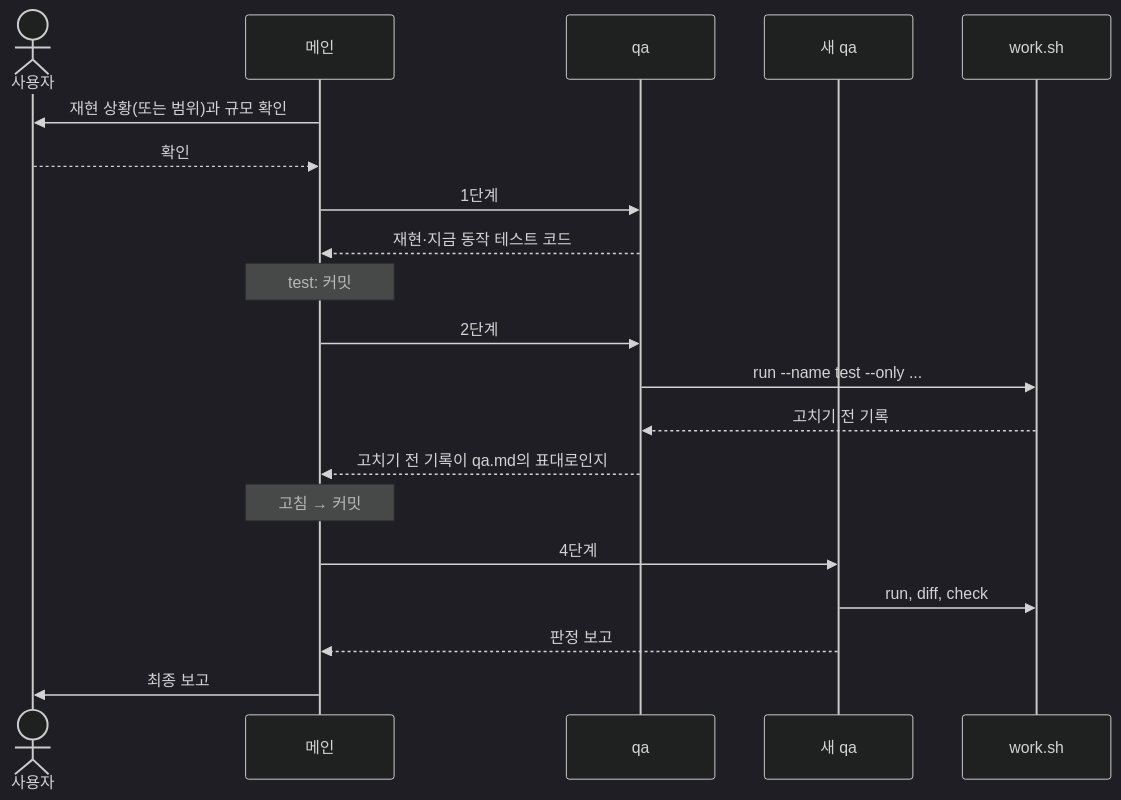
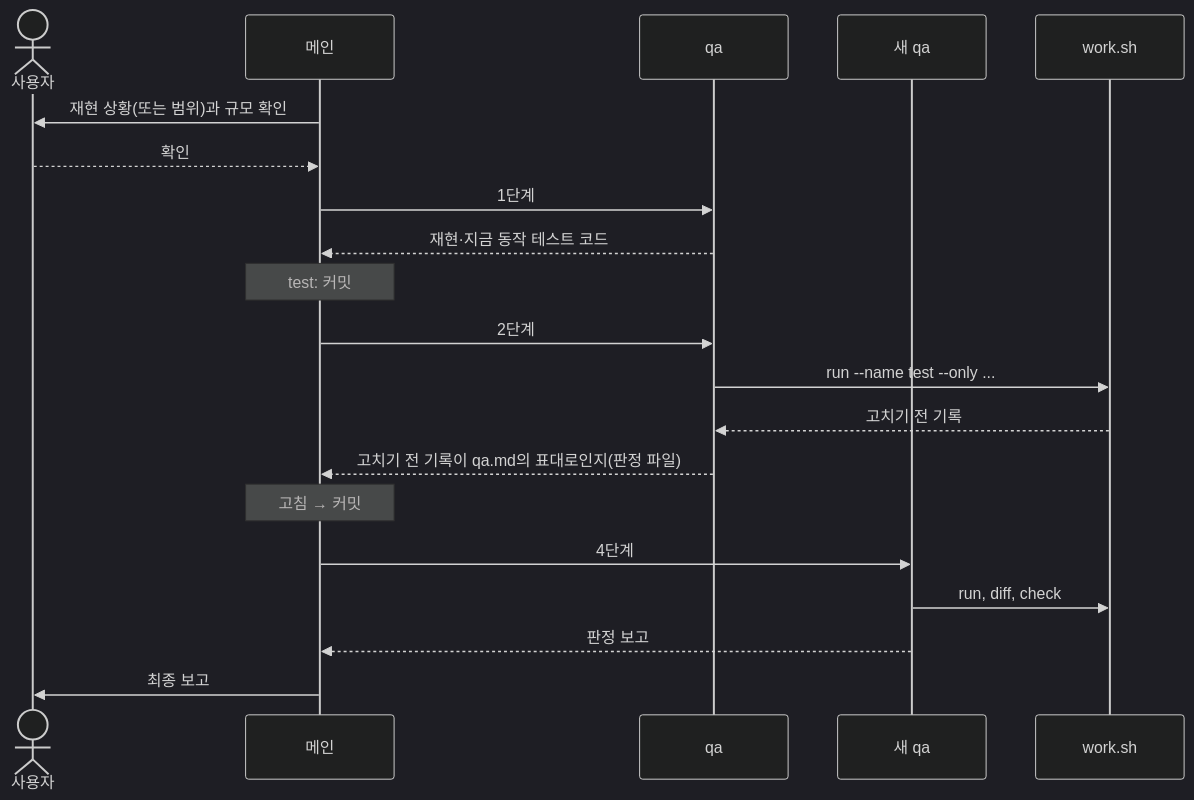
Before and after one commit to gyugyu1/writeLoop: the fourth of 4 diagrams in docs/guides/claude-work-process.ko.md, drawn with Mermaid (dark theme). The commit also changed other lines of this file and 3 other files, not shown here.

````diff
--- a/docs/guides/claude-work-process.ko.md
+++ b/docs/guides/claude-work-process.ko.md
@@ -106,22 +106,22 @@
 ```mermaid
 sequenceDiagram
     actor U as 사용자
     participant M as 메인
     participant Q as qa
     participant Q2 as 새 qa
     participant T as work.sh
     M->>U: 재현 상황(또는 범위)과 규모 확인
     U-->>M: 확인
     M->>Q: 1단계
     Q-->>M: 재현·지금 동작 테스트 코드
     Note over M: test: 커밋
     M->>Q: 2단계
     Q->>T: run --name test --only ...
     T-->>Q: 고치기 전 기록
-    Q-->>M: 고치기 전 기록이 qa.md의 표대로인지
+    Q-->>M: 고치기 전 기록이 qa.md의 표대로인지(판정 파일)
     Note over M: 고침 → 커밋
     M->>Q2: 4단계
     Q2->>T: run, diff, check
     Q2-->>M: 판정 보고
     M->>U: 최종 보고
 ```
````
